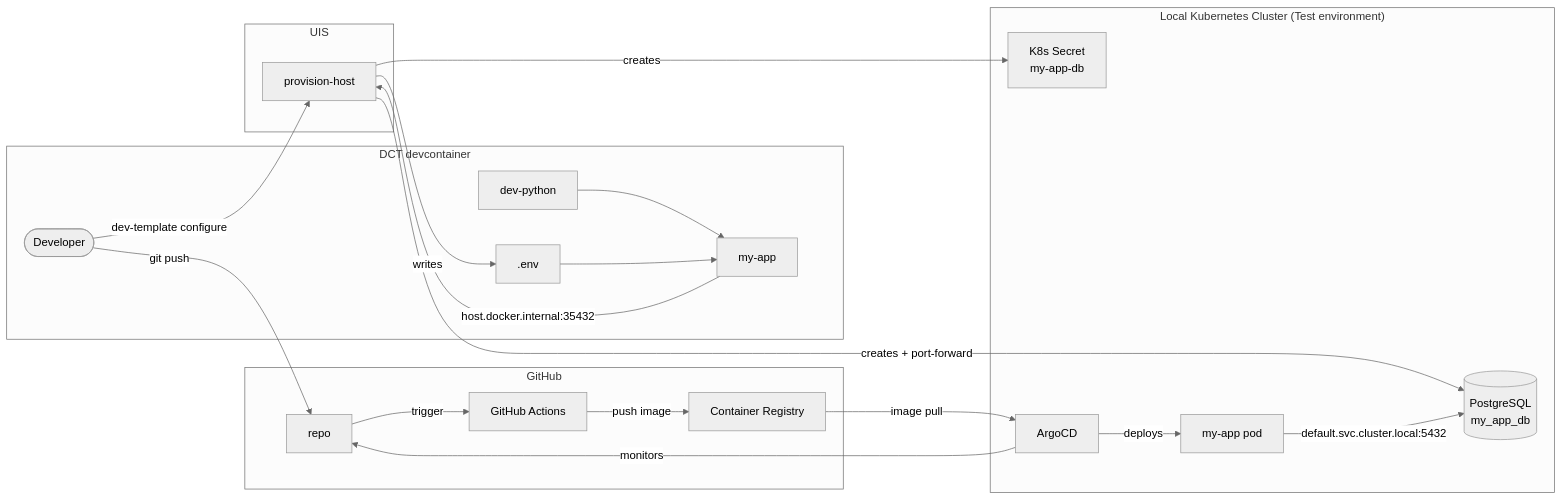
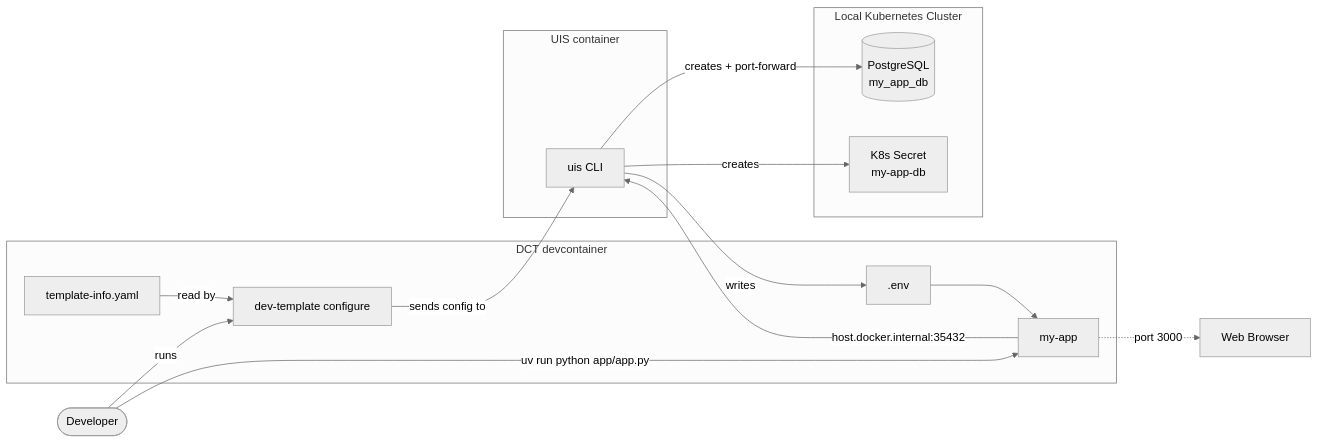
Before and after one commit to helpers-no/dev-templates: the first of 4 diagrams in website/docs/templates/basic-web-server-database/python-basic-webserver-database.mdx, drawn with Mermaid (neutral theme). The commit also changed other lines of this file and 18 other files, not shown here.

First line of the commit message:
Architecture diagram v2: two-diagram split (local dev + deploy)

````diff
--- a/website/docs/templates/basic-web-server-database/python-basic-webserver-database.mdx
+++ b/website/docs/templates/basic-web-server-database/python-basic-webserver-database.mdx
@@ -55,38 +55,32 @@
 ```mermaid
 flowchart LR
+    dev(["Developer"])
+    browser["Web Browser"]
+
     subgraph dct["DCT devcontainer"]
-        dev(["Developer"])
-        dev_python["dev-python"]
         app["my-app"]
         env[".env"]
+        tmpl["template-info.yaml"]
+        cfg["dev-template configure"]
     end
-    subgraph k8s["Local Kubernetes Cluster (Test environment)"]
+
+    subgraph uis_group["UIS container"]
+        uis["uis CLI"]
+    end
+
+    subgraph k8s["Local Kubernetes Cluster"]
         svc[("PostgreSQL<br/>my_app_db")]
         sec["K8s Secret<br/>my-app-db"]
-        argo["ArgoCD"]
-        pod["my-app pod"]
-    end
-    subgraph uis_group["UIS"]
-        uis["provision-host"]
-    end
-    subgraph gh["GitHub"]
-        repo["repo"]
-        actions["GitHub Actions"]
-        ghcr["Container Registry"]
     end
 
-    dev_python --> app
-    env --> app
-    dev -->|dev-template configure| uis
+    dev -->|runs| cfg
+    dev -->|uv run python app/app.py| app
+    tmpl -->|read by| cfg
+    cfg -->|sends config to| uis
     uis -->|creates + port-forward| svc
     uis -->|creates| sec
     uis -->|writes| env
+    env --> app
     app -->|host.docker.internal:35432| uis
-    dev -->|git push| repo
-    repo -->|trigger| actions
-    actions -->|push image| ghcr
-    argo -->|monitors| repo
-    ghcr -->|image pull| argo
-    argo -->|deploys| pod
-    pod -->|default.svc.cluster.local:5432| svc
+    app -.->|port 3000| browser
 ```
````
